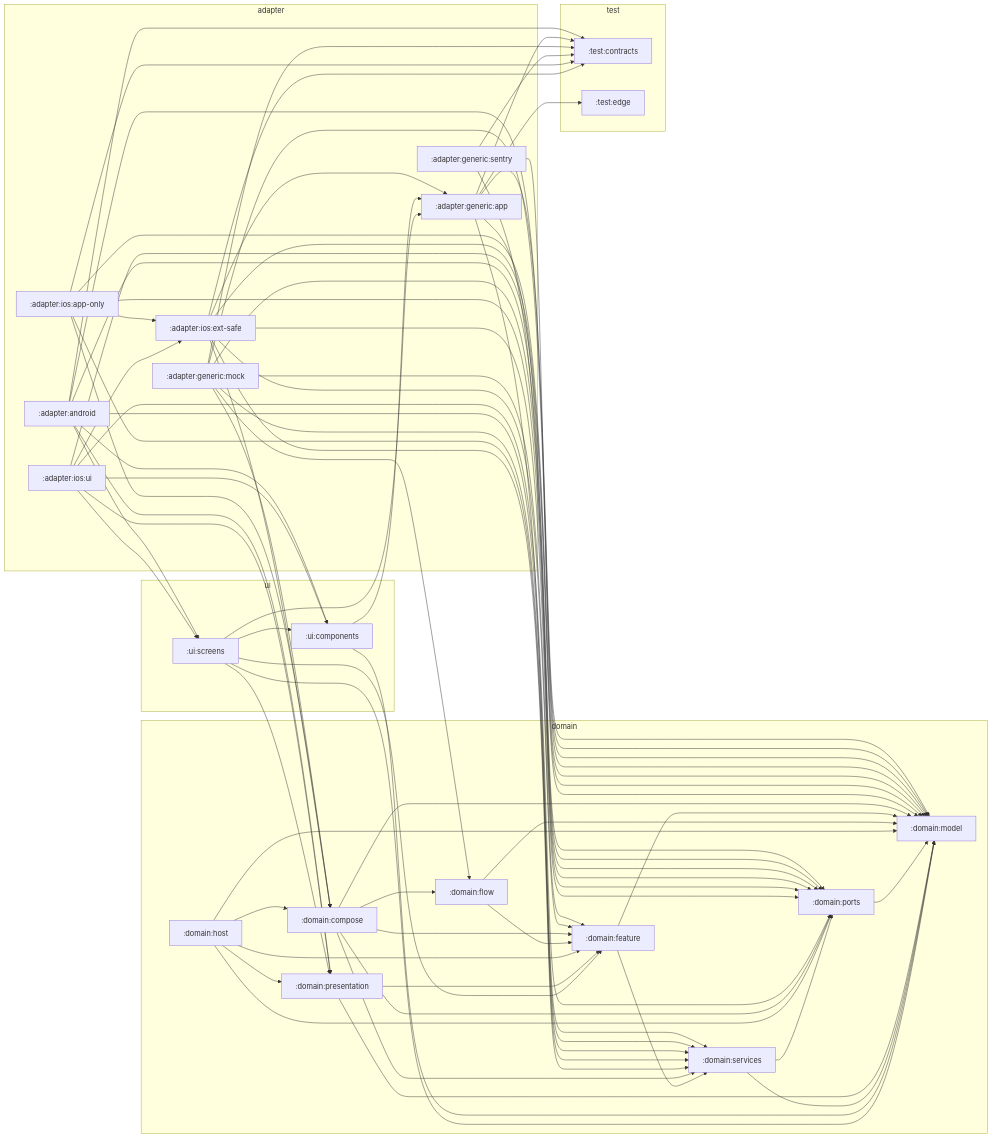
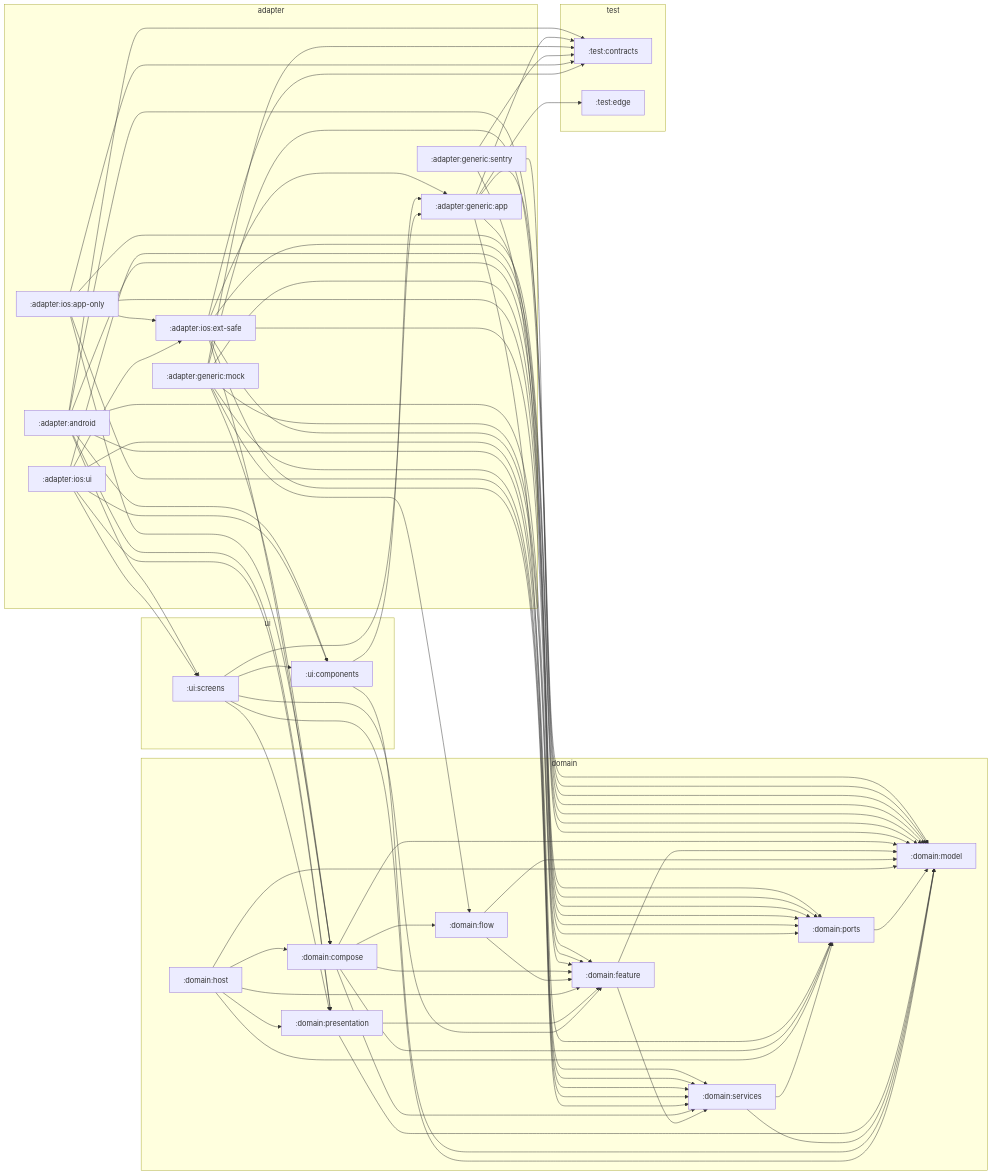
Before and after one commit to stefanhoelzl/SnapSync: the diagram in architecture/zones.md, drawn with Mermaid. The commit also changed 202 other files, not shown here.

```diff
--- a/architecture/zones.md
+++ b/architecture/zones.md
@@ -34,6 +34,7 @@
     ui_components[":ui:components"]
     ui_screens[":ui:screens"]
   end
+  adapter_android --> domain_feature
   adapter_android --> domain_model
   adapter_android --> domain_ports
   adapter_android --> domain_presentation
```
